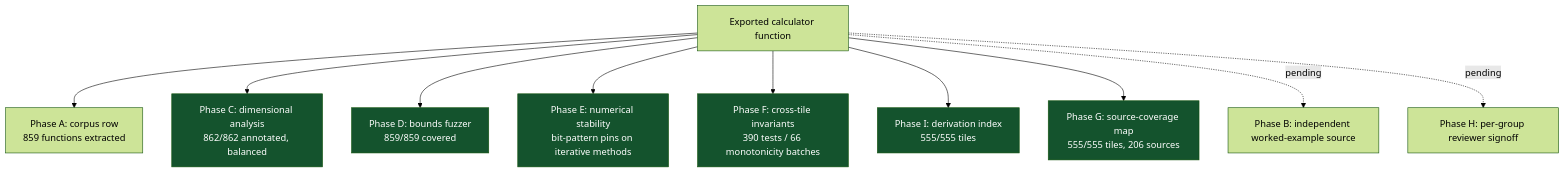
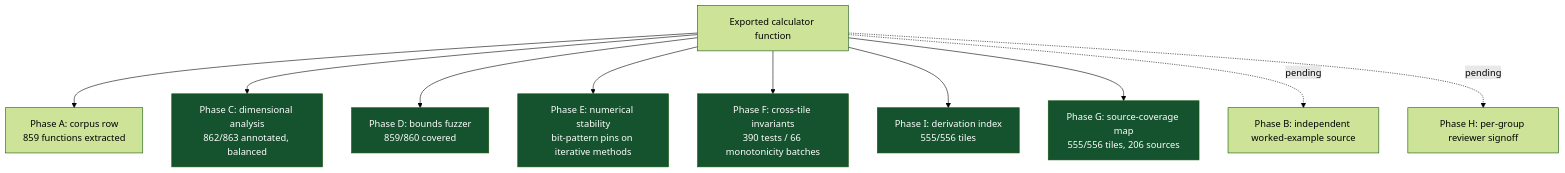
Before and after one commit to clay-good/roughlogic.com: the fourth of 6 diagrams in README.md, drawn with Mermaid (forest theme). The commit also changed other lines of this file and 16 other files, not shown here.

````diff
--- a/README.md
+++ b/README.md
@@ -260,18 +262,18 @@
 ```mermaid
 flowchart TB
     F[Exported calculator function] --> A[Phase A: corpus row\n859 functions extracted]
-    F --> C[Phase C: dimensional analysis\n862/862 annotated, balanced]
-    F --> D[Phase D: bounds fuzzer\n859/859 covered]
+    F --> C[Phase C: dimensional analysis\n862/863 annotated, balanced]
+    F --> D[Phase D: bounds fuzzer\n859/860 covered]
     F --> E[Phase E: numerical stability\nbit-pattern pins on iterative methods]
     F --> Fa[Phase F: cross-tile invariants\n390 tests / 66 monotonicity batches]
-    F --> I[Phase I: derivation index\n555/555 tiles]
-    F --> G[Phase G: source-coverage map\n555/555 tiles, 206 sources]
+    F --> I[Phase I: derivation index\n555/556 tiles]
+    F --> G[Phase G: source-coverage map\n555/556 tiles, 206 sources]
     F -.pending.-> B[Phase B: independent worked-example source]
     F -.pending.-> H[Phase H: per-group reviewer signoff]
     style C fill:#14532d,color:#fff
     style D fill:#14532d,color:#fff
     style E fill:#14532d,color:#fff
     style Fa fill:#14532d,color:#fff
     style G fill:#14532d,color:#fff
     style I fill:#14532d,color:#fff
 ```
````
